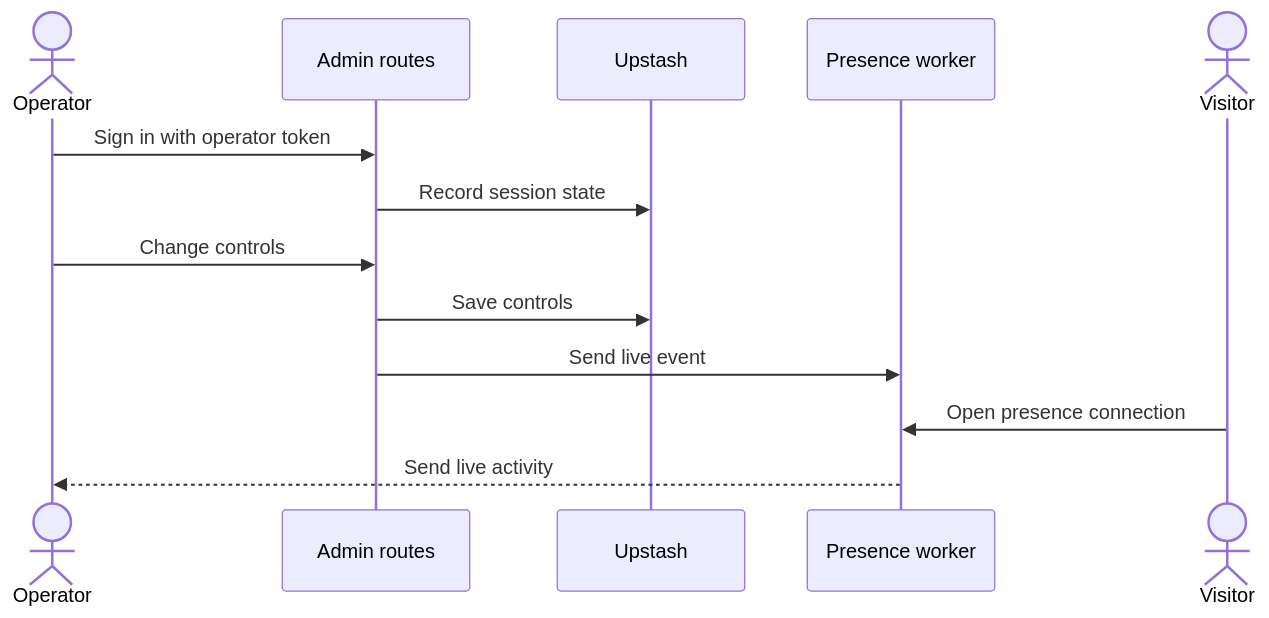
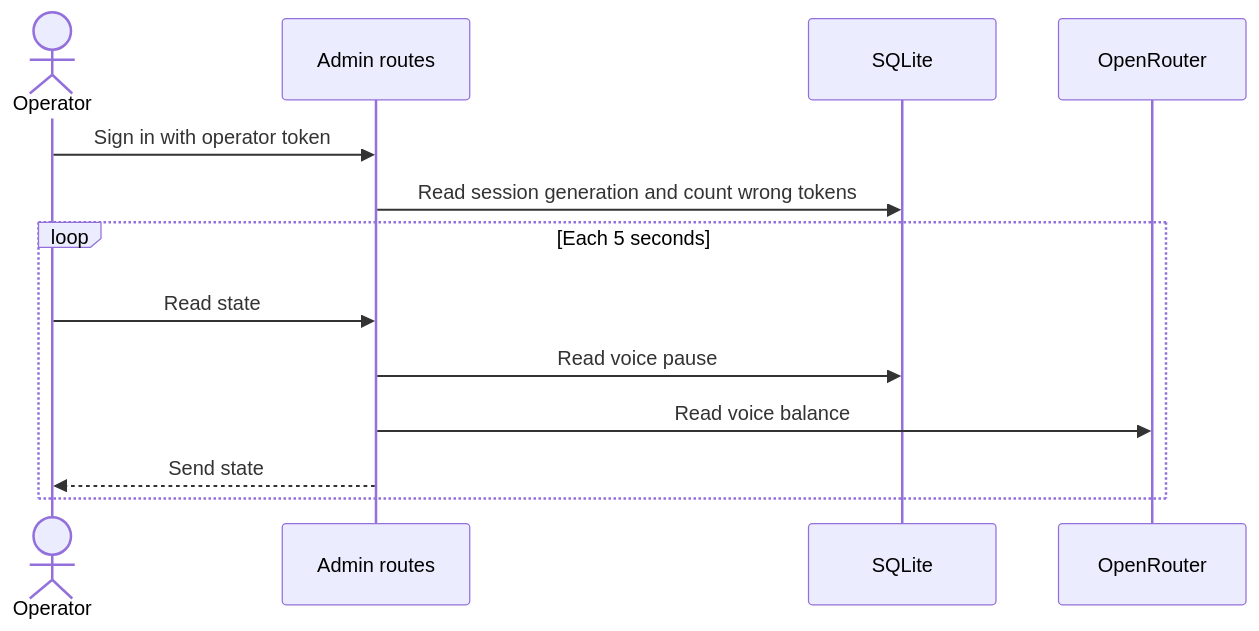
Before and after one commit to Pmac627/gitdiagram: the diagram in docs/flows/operator-live-ops.md, drawn with Mermaid. The commit also changed other lines of this file and 420 other files, not shown here.

Commit message:
Private self-hosted fork for IIS (single operator, SQLite, provider adapters).

````diff
--- a/docs/flows/operator-live-ops.md
+++ b/docs/flows/operator-live-ops.md
@@ -39,15 +58,15 @@
 ```mermaid
 sequenceDiagram
     actor Operator
     participant App as Admin routes
-    participant Redis as Upstash
-    participant Worker as Presence worker
-    actor Visitor
+    participant Db as SQLite
+    participant Voice as OpenRouter
     Operator->>App: Sign in with operator token
-    App->>Redis: Record session state
-    Operator->>App: Change controls
-    App->>Redis: Save controls
-    App->>Worker: Send live event
-    Visitor->>Worker: Open presence connection
-    Worker-->>Operator: Send live activity
+    App->>Db: Read session generation and count wrong tokens
+    loop Each 5 seconds
+        Operator->>App: Read state
+        App->>Db: Read voice pause
+        App->>Voice: Read voice balance
+        App-->>Operator: Send state
+    end
 ```
````
